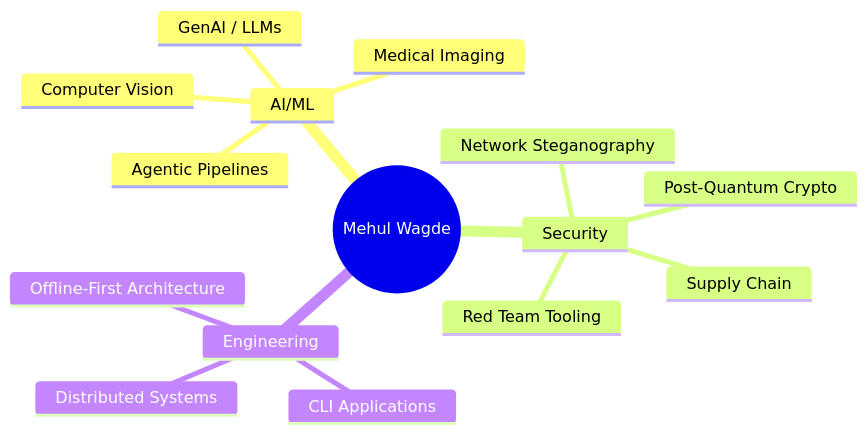
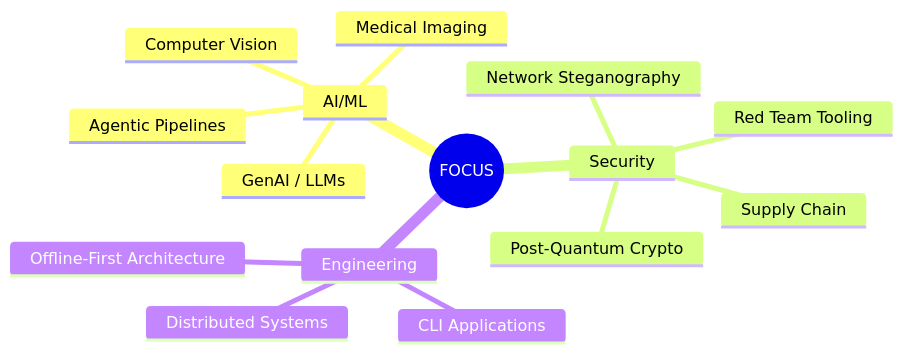
Before and after one commit to YoinkingFishy/YoinkingFishy: the diagram in README.md, drawn with Mermaid.

````diff
--- a/README.md
+++ b/README.md
@@ -9,18 +9,18 @@
 ```mermaid
 mindmap
-  root((Mehul Wagde))
+  root((FOCUS))
     AI/ML
       Agentic Pipelines
       Computer Vision
       GenAI / LLMs
       Medical Imaging
     Security
       Red Team Tooling
       Supply Chain
       Post-Quantum Crypto
       Network Steganography
     Engineering
       CLI Applications
       Distributed Systems
       Offline-First Architecture
 ```
````
